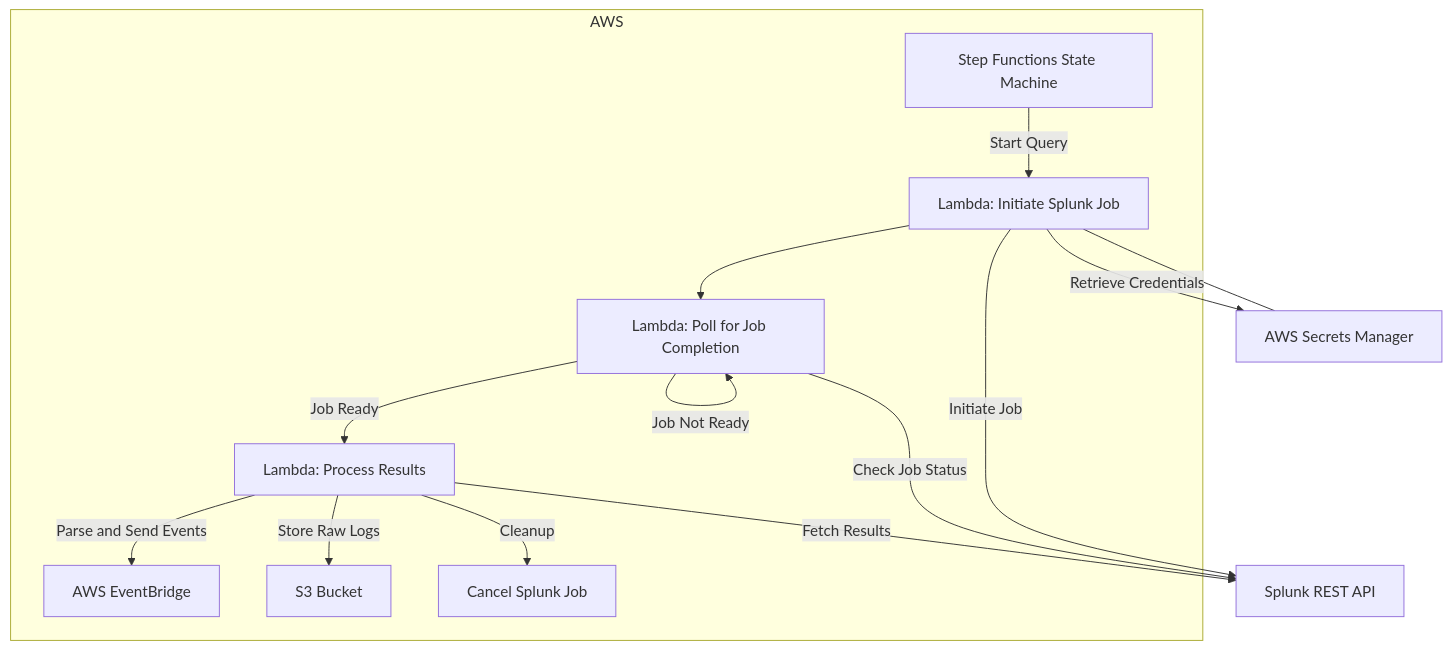
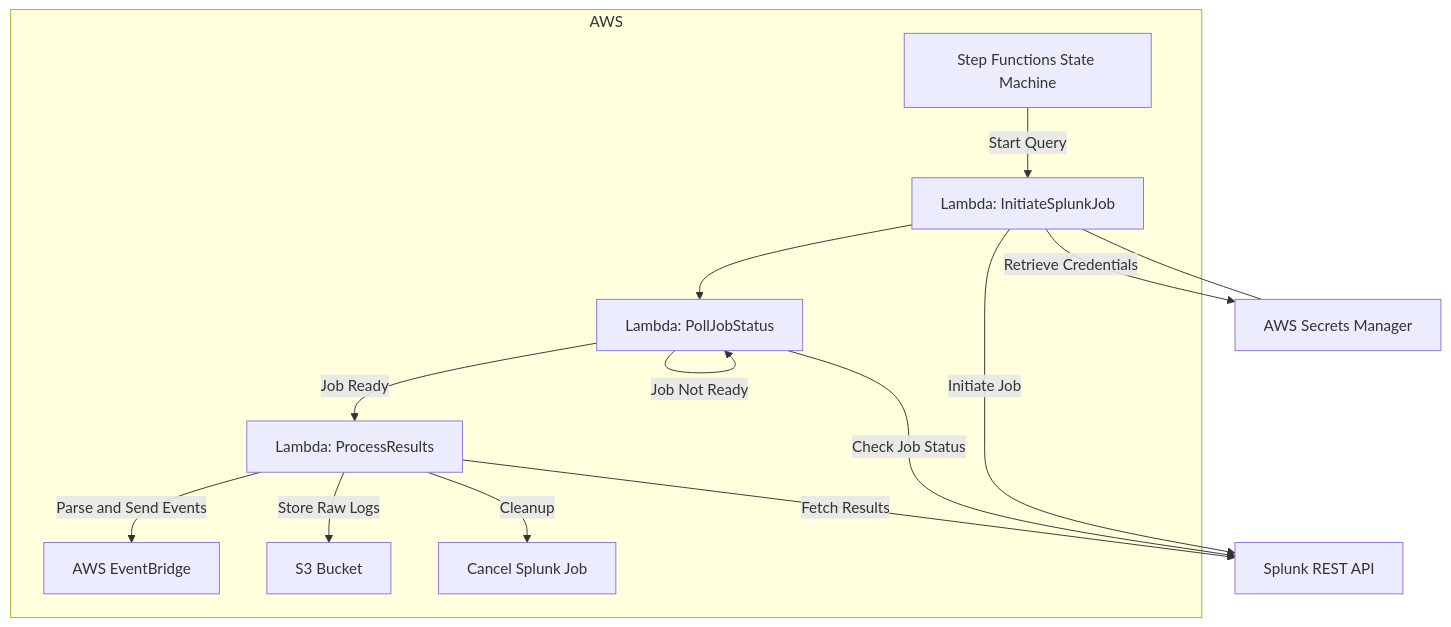
The third of 6 diagrams in README.md (usadisney/ideas), drawn with Mermaid before and after one commit. The commit also changed other lines of this file, not shown here.

````diff
--- a/README.md
+++ b/README.md
@@ -434,17 +518,17 @@
 ```mermaid
 flowchart TD
     subgraph AWS
-        A[Step Functions State Machine] -->|Start Query| B[Lambda: Initiate Splunk Job]
-        B --> C[Lambda: Poll for Job Completion]
+        A[Step Functions State Machine] -->|Start Query| B[Lambda: InitiateSplunkJob]
+        B --> C[Lambda: PollJobStatus]
         C -->|Job Not Ready| C
-        C -->|Job Ready| D[Lambda: Process Results]
+        C -->|Job Ready| D[Lambda: ProcessResults]
         D -->|Parse and Send Events| E[AWS EventBridge]
         D -->|Store Raw Logs| F[S3 Bucket]
         D -->|Cleanup| G[Cancel Splunk Job]
     end
     B --- SSM[AWS Secrets Manager]
     B -->|Retrieve Credentials| SSM
     B -->|Initiate Job| Splunk[Splunk REST API]
     C -->|Check Job Status| Splunk
     D -->|Fetch Results| Splunk
 ```
````
